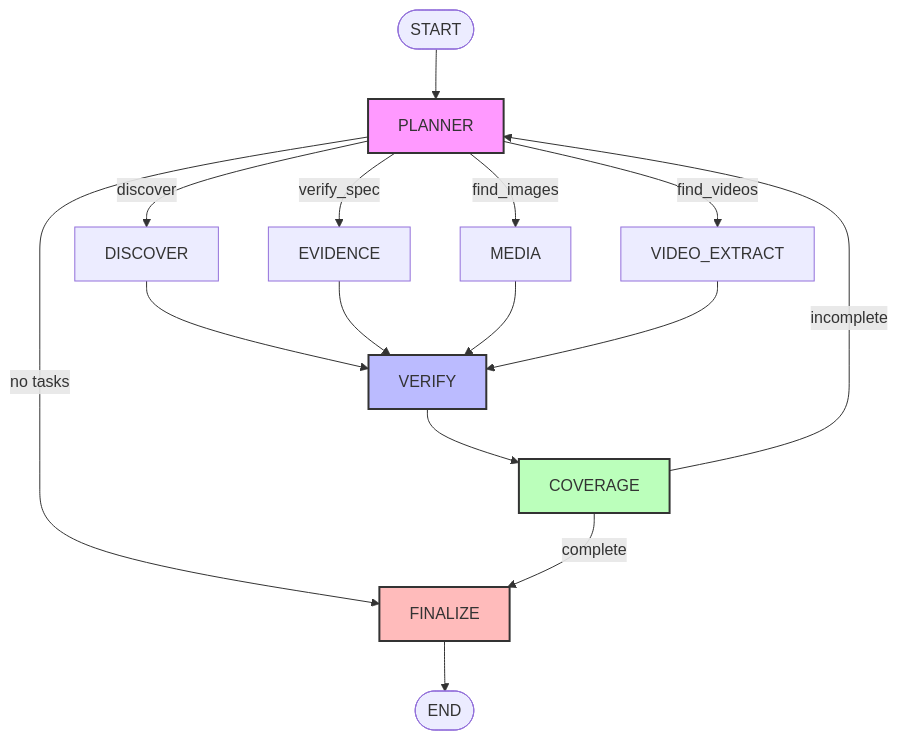
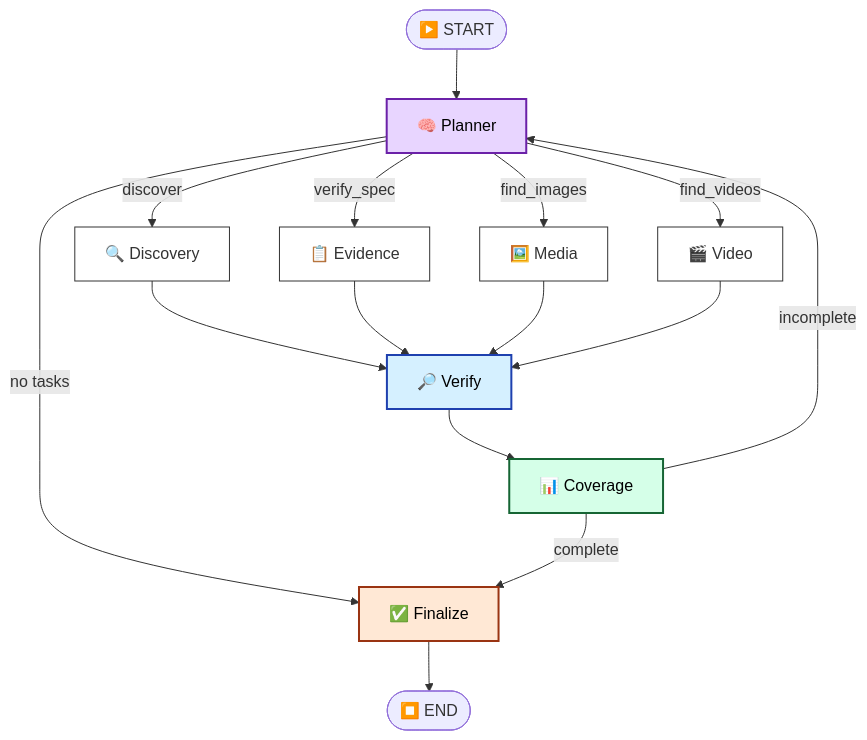
The second of 3 diagrams in README.md (Purushothaman-natarajan/scrap_snaps), drawn with Mermaid before and after one commit. The commit also changed other lines of this file, not shown here.

First line of the commit message:
docs: improve architecture diagrams

````diff
--- a/README.md
+++ b/README.md
@@ -65,27 +76,31 @@
 ```mermaid
-graph TD
-    Start([START]) --> Planner[PLANNER]
+flowchart TD
+    Start(["▶️ START"]) --> PLANNER["🧠 Planner"]
     
-    Planner -->|discover| Discovery[DISCOVER]
-    Planner -->|verify_spec| Evidence[EVIDENCE]
-    Planner -->|find_images| Media[MEDIA]
-    Planner -->|find_videos| VideoExtract[VIDEO_EXTRACT]
-    Planner -->|no tasks| Finalize[FINALIZE]
+    PLANNER -- "discover" --> DISCOVER["🔍 Discovery"]
+    PLANNER -- "verify_spec" --> EVIDENCE["📋 Evidence"]
+    PLANNER -- "find_images" --> MEDIA_COLLECTOR["🖼️ Media"]
+    PLANNER -- "find_videos" --> VIDEO_EXTRACTOR["🎬 Video"]
+    PLANNER -- "no tasks" --> FINALIZE["✅ Finalize"]
     
-    Discovery --> Verify[VERIFY]
-    Evidence --> Verify
-    Media --> Verify
-    VideoExtract --> Verify
+    DISCOVER --> VERIFY
+    EVIDENCE --> VERIFY
+    MEDIA_COLLECTOR --> VERIFY
+    VIDEO_EXTRACTOR --> VERIFY
     
-    Verify --> Coverage[COVERAGE]
+    VERIFY["🔎 Verify"] --> COVERAGE["📊 Coverage"]
     
-    Coverage -->|incomplete| Planner
-    Coverage -->|complete| Finalize
+    COVERAGE -- "incomplete" --> PLANNER
+    COVERAGE -- "complete" --> FINALIZE
     
-    Finalize --> End([END])
+    FINALIZE --> End(["⏹️ END"])
     
-    style Planner fill:#f9f,stroke:#333,stroke-width:2px
-    style Verify fill:#bbf,stroke:#333,stroke-width:2px
-    style Coverage fill:#bfb,stroke:#333,stroke-width:2px
-    style Finalize fill:#fbb,stroke:#333,stroke-width:2px
+    style PLANNER fill:#E8D5FF,stroke:#6B21A8,stroke-width:2px,color:#000
+    style VERIFY fill:#D5F0FF,stroke:#1E40AF,stroke-width:2px,color:#000
+    style COVERAGE fill:#D5FFE8,stroke:#166534,stroke-width:2px,color:#000
+    style FINALIZE fill:#FFE8D5,stroke:#9A3412,stroke-width:2px,color:#000
+    style DISCOVER fill:#FFF,stroke:#333,stroke-width:1px
+    style EVIDENCE fill:#FFF,stroke:#333,stroke-width:1px
+    style MEDIA_COLLECTOR fill:#FFF,stroke:#333,stroke-width:1px
+    style VIDEO_EXTRACTOR fill:#FFF,stroke:#333,stroke-width:1px
 ```
````
